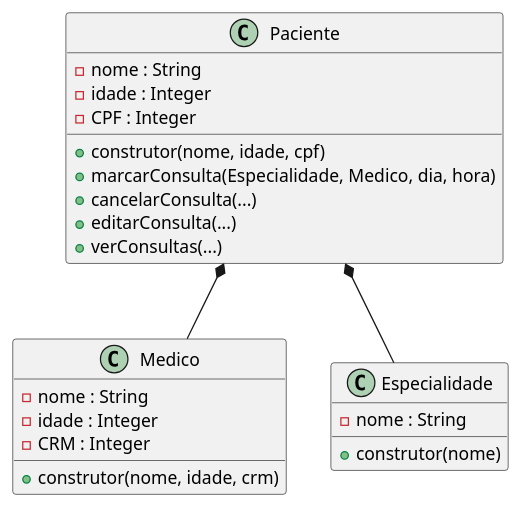
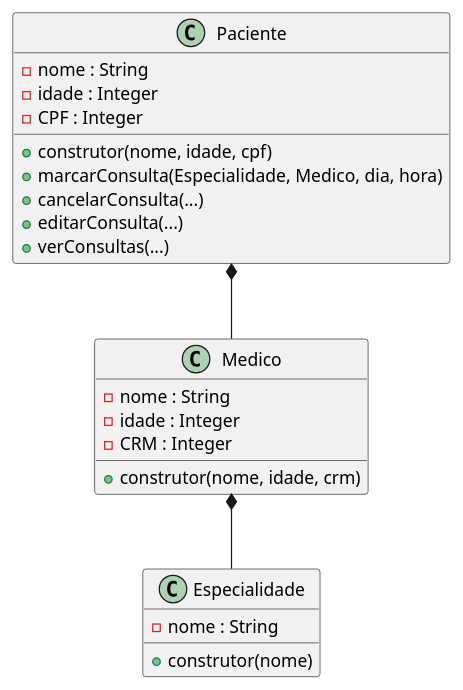
Before and after one commit to anleaes/2022-1-N2-POO-03: the diagram in diagrama.plantuml, drawn with PlantUML. The commit also changed 2 other files, not shown here.

```diff
--- a/diagrama.plantuml
+++ b/diagrama.plantuml
@@ -1,29 +1,29 @@
 @startuml Gerenciamento de Exames Medicos
 
     class Paciente{
         - nome : String
         - idade : Integer
         - CPF : Integer
         + construtor(nome, idade, cpf)
         + marcarConsulta(Especialidade, Medico, dia, hora)
         + cancelarConsulta(...)
         + editarConsulta(...)
         + verConsultas(...)
     }
 
     class Medico{
         - nome : String
         - idade : Integer
         - CRM : Integer
         + construtor(nome, idade, crm)
     }
 
     class Especialidade{
         - nome : String
         + construtor(nome)
     }
 
     Paciente *-- Medico
-    Paciente *-- Especialidade
+    Medico *-- Especialidade
 
 @enduml
```
